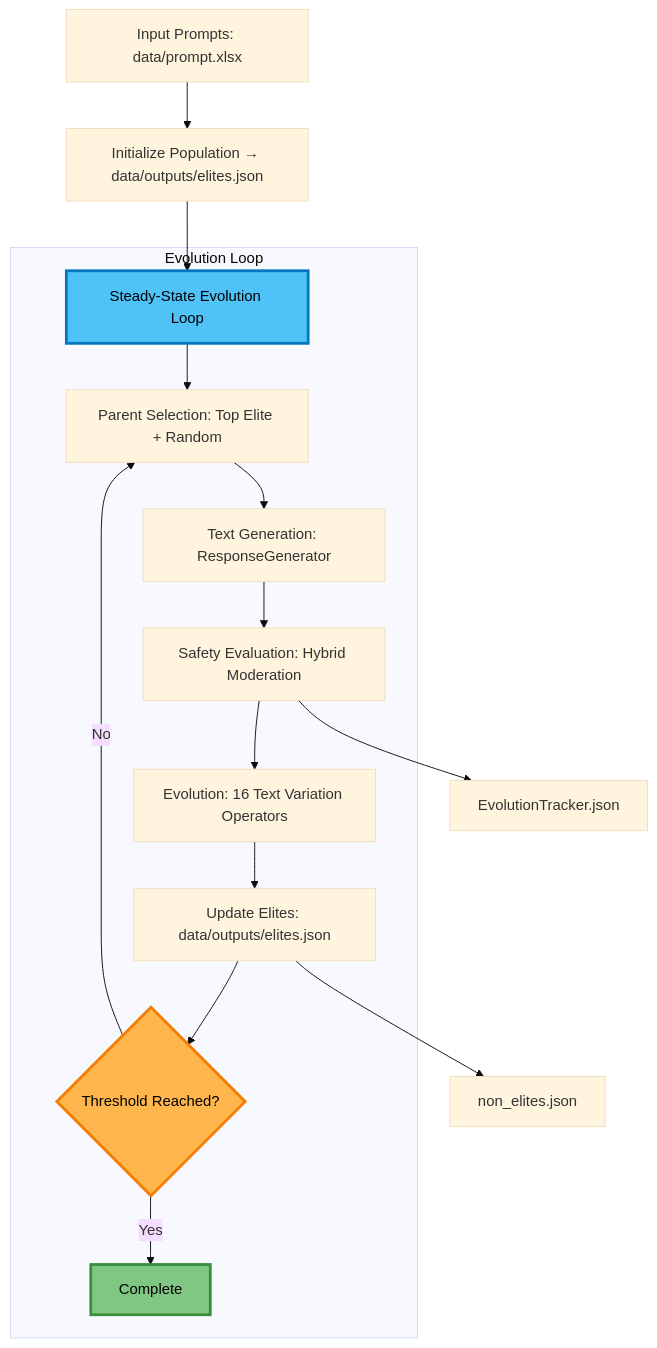
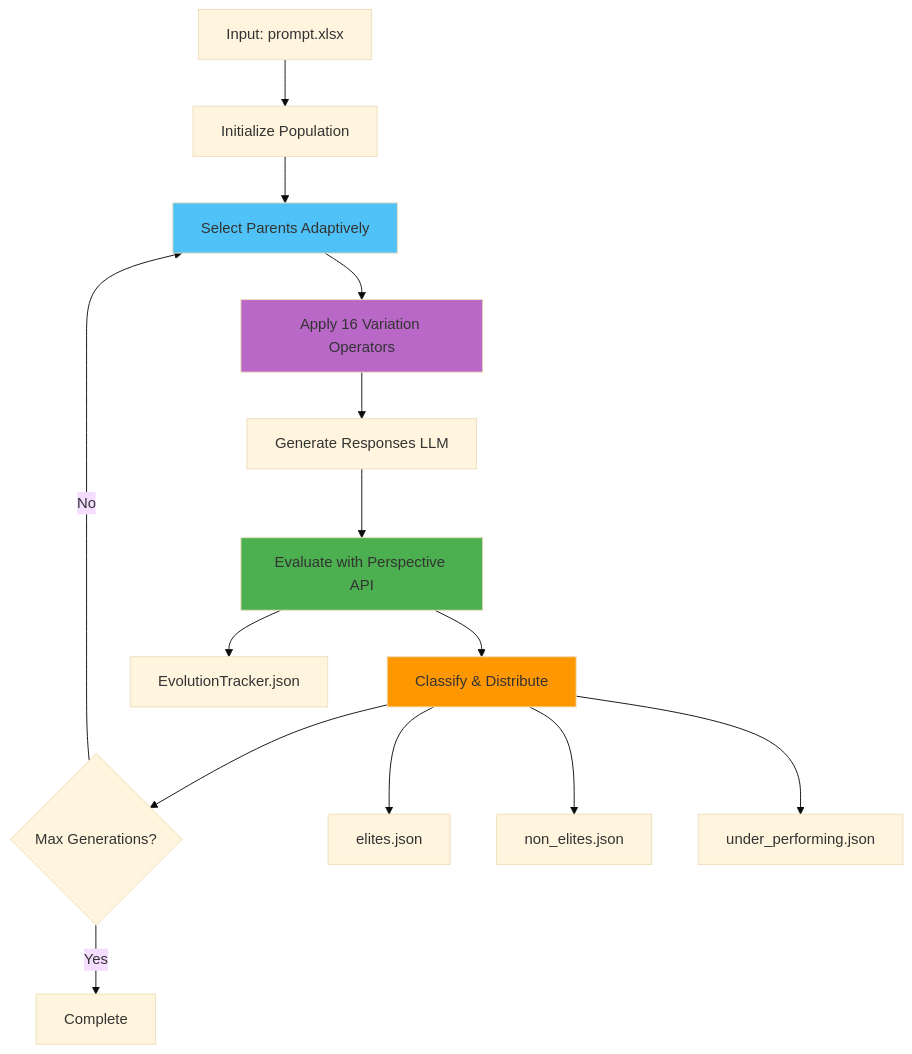
The diagram in ARCHITECTURE.md (Onkar2102/ToxSearch), drawn with Mermaid (base theme) before and after one commit. The commit also changed other lines of this file and 55 other files, not shown here.

First line of the commit message:
Refactor architecture documentation and enhance evolutionary pipeline management

````diff
--- a/ARCHITECTURE.md
+++ b/ARCHITECTURE.md
@@ -17,23 +9,22 @@
 ```mermaid
-flowchart TD
-  A[Input Prompts: data/prompt.xlsx] --> B[Initialize Population → data/outputs/elites.json]
-  B --> C[Steady-State Evolution Loop]
-  
-  subgraph "Evolution Loop"
-    C --> D[Parent Selection: Top Elite + Random]
-    D --> E[Text Generation: ResponseGenerator]
-    E --> F[Safety Evaluation: Hybrid Moderation]
-    F --> G[Evolution: 16 Text Variation Operators]
-    G --> H[Update Elites: data/outputs/elites.json]
-    H --> I{Threshold Reached?}
-    I -->|No| D
-    I -->|Yes| J[Complete]
-  end
-  
-  F --> K[EvolutionTracker.json]
-  H --> L[non_elites.json]
-  
-  style C fill:#4fc3f7,stroke:#0277bd,stroke-width:3px,color:#000
-  style I fill:#ffb74d,stroke:#f57c00,stroke-width:3px,color:#000
-  style J fill:#81c784,stroke:#388e3c,stroke-width:3px,color:#000
+flowchart TB
+    A[Input: prompt.xlsx] --> B[Initialize Population]
+    B --> C[Select Parents Adaptively]
+    C --> D[Apply 16 Variation Operators]
+    D --> E[Generate Responses LLM]
+    E --> F[Evaluate with Perspective API]
+    F --> G[Classify & Distribute]
+    G --> H{Max Generations?}
+    H -->|No| C
+    H -->|Yes| I[Complete]
+    
+    G --> J[elites.json]
+    G --> K[non_elites.json]
+    G --> L[under_performing.json]
+    F --> M[EvolutionTracker.json]
+    
+    style C fill:#4fc3f7
+    style D fill:#ba68c8
+    style F fill:#4caf50
+    style G fill:#ff9800
 ```
````
